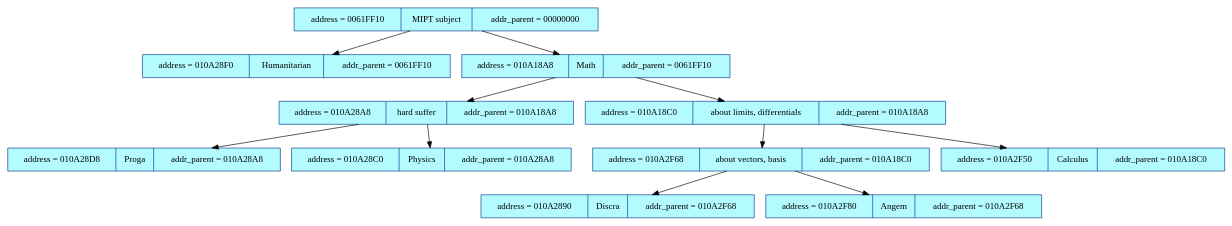
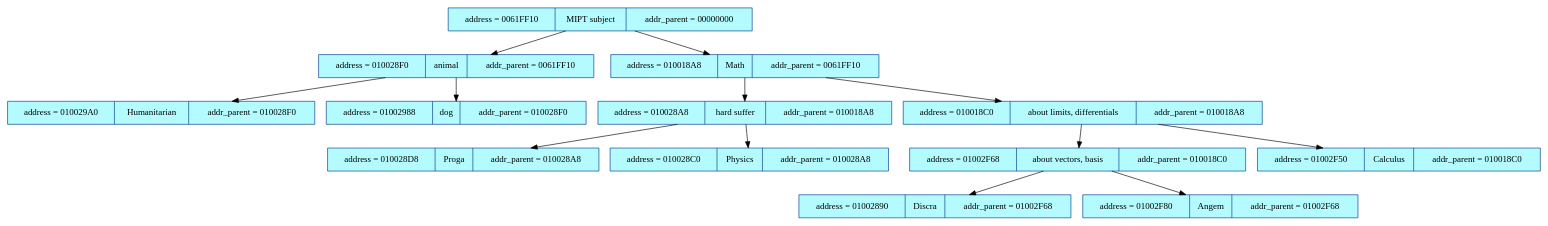
One commit to Dariazeml1007/Tree changed the diagram in dump.dot. Above: the diagram before and after it, drawn with Graphviz. The commit also changed 7 other files, not shown here.

```diff
--- a/dump.dot
+++ b/dump.dot
@@ -1,27 +1,31 @@
 digraph structs {
 rankdir=HR;
 node[color= "#003A8C",style="filled", fillcolor="#B4FBFF", fontsize=14];
 edge[color="black", weight = 9,fontsize=14];
 el_0061FF10 [shape=record, label= "address = 0061FF10|MIPT subject| addr_parent = 00000000"];
-el_010A28F0 [shape=record, label= "address = 010A28F0|Humanitarian| addr_parent = 0061FF10"];
-el_010A18A8 [shape=record, label= "address = 010A18A8|Math| addr_parent = 0061FF10"];
-el_010A28A8 [shape=record, label= "address = 010A28A8|hard suffer| addr_parent = 010A18A8"];
-el_010A28D8 [shape=record, label= "address = 010A28D8|Proga| addr_parent = 010A28A8"];
-el_010A28C0 [shape=record, label= "address = 010A28C0|Physics| addr_parent = 010A28A8"];
-el_010A18C0 [shape=record, label= "address = 010A18C0|about limits, differentials| addr_parent = 010A18A8"];
-el_010A2F68 [shape=record, label= "address = 010A2F68|about vectors, basis| addr_parent = 010A18C0"];
-el_010A2890 [shape=record, label= "address = 010A2890|Discra| addr_parent = 010A2F68"];
-el_010A2F80 [shape=record, label= "address = 010A2F80|Angem| addr_parent = 010A2F68"];
-el_010A2F50 [shape=record, label= "address = 010A2F50|Calculus| addr_parent = 010A18C0"];
-el_0061FF10->el_010A28F0;
-el_0061FF10->el_010A18A8;
-el_010A18A8->el_010A28A8;
-el_010A28A8->el_010A28D8;
-el_010A28A8->el_010A28C0;
-el_010A18A8->el_010A18C0;
-el_010A18C0->el_010A2F68;
-el_010A2F68->el_010A2890;
-el_010A2F68->el_010A2F80;
-el_010A18C0->el_010A2F50;
+el_010028F0 [shape=record, label= "address = 010028F0|animal| addr_parent = 0061FF10"];
+el_010029A0 [shape=record, label= "address = 010029A0|Humanitarian| addr_parent = 010028F0"];
+el_01002988 [shape=record, label= "address = 01002988|dog| addr_parent = 010028F0"];
+el_010018A8 [shape=record, label= "address = 010018A8|Math| addr_parent = 0061FF10"];
+el_010028A8 [shape=record, label= "address = 010028A8|hard suffer| addr_parent = 010018A8"];
+el_010028D8 [shape=record, label= "address = 010028D8|Proga| addr_parent = 010028A8"];
+el_010028C0 [shape=record, label= "address = 010028C0|Physics| addr_parent = 010028A8"];
+el_010018C0 [shape=record, label= "address = 010018C0|about limits, differentials| addr_parent = 010018A8"];
+el_01002F68 [shape=record, label= "address = 01002F68|about vectors, basis| addr_parent = 010018C0"];
+el_01002890 [shape=record, label= "address = 01002890|Discra| addr_parent = 01002F68"];
+el_01002F80 [shape=record, label= "address = 01002F80|Angem| addr_parent = 01002F68"];
+el_01002F50 [shape=record, label= "address = 01002F50|Calculus| addr_parent = 010018C0"];
+el_0061FF10->el_010028F0;
+el_010028F0->el_010029A0;
+el_010028F0->el_01002988;
+el_0061FF10->el_010018A8;
+el_010018A8->el_010028A8;
+el_010028A8->el_010028D8;
+el_010028A8->el_010028C0;
+el_010018A8->el_010018C0;
+el_010018C0->el_01002F68;
+el_01002F68->el_01002890;
+el_01002F68->el_01002F80;
+el_010018C0->el_01002F50;
 
 }
```
